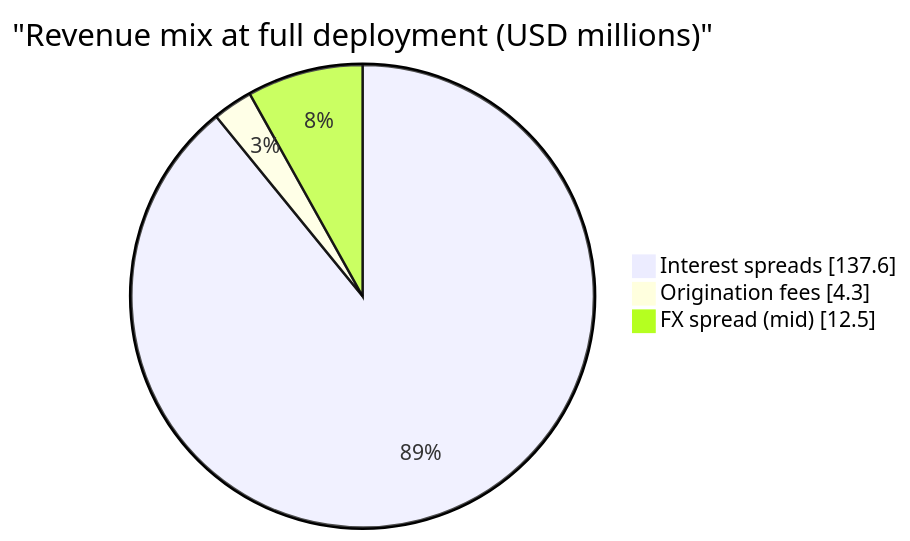
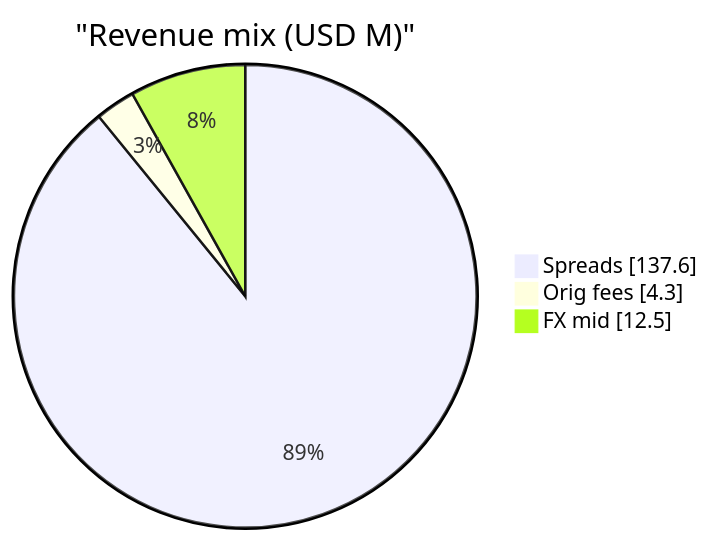
Before and after one commit to Yuvraajrahman/Cryto-World-Bank: the diagram in Documentation/Diagrams/mermaid-src/improved diagrams/fig-revenue-mix-pie.mmd, drawn with Mermaid. The commit also changed 115 other files, not shown here.

Commit message:
updated and fixed diagrams

```diff
--- a/Documentation/Diagrams/mermaid-src/improved diagrams/fig-revenue-mix-pie.mmd
+++ b/Documentation/Diagrams/mermaid-src/improved diagrams/fig-revenue-mix-pie.mmd
@@ -1,5 +1,5 @@
 pie showData
-    title "Revenue mix at full deployment (USD millions)"
-    "Interest spreads" : 137.6
-    "Origination fees" : 4.3
-    "FX spread (mid)" : 12.5
+    title "Revenue mix (USD M)"
+    "Spreads" : 137.6
+    "Orig fees" : 4.3
+    "FX mid" : 12.5
```
